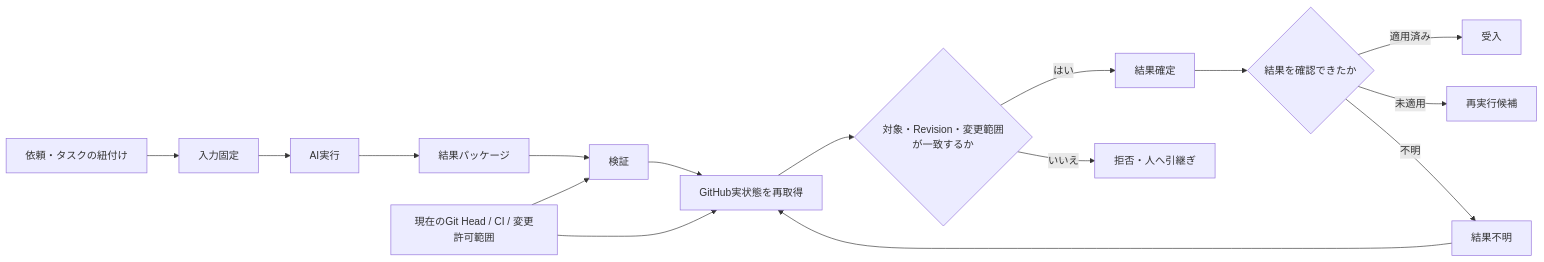
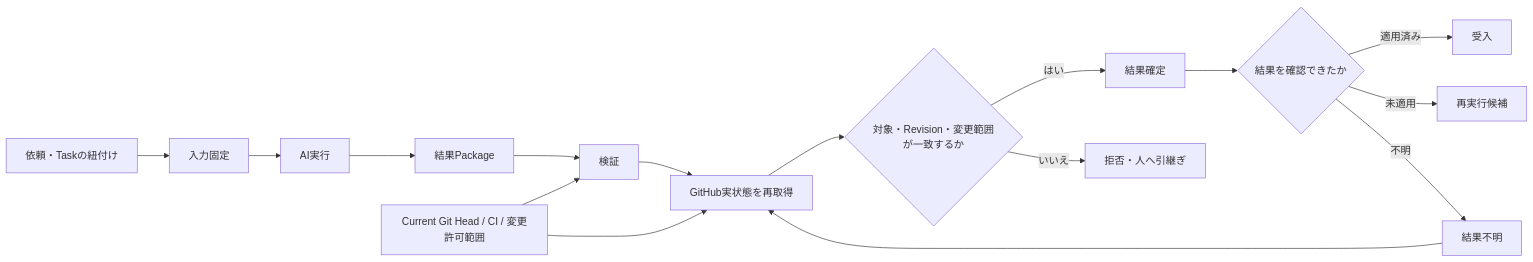
Before and after one commit to hiromi1992/ai-engineering-portfolio: the diagram in projects/03_review_handoff_platform.md, drawn with Mermaid. The commit also changed other lines of this file, not shown here.

````diff
--- a/projects/03_review_handoff_platform.md
+++ b/projects/03_review_handoff_platform.md
@@ -13,19 +19,19 @@
 ```mermaid
 flowchart LR
-    A[依頼・タスクの紐付け] --> B[入力固定]
+    A[依頼・Taskの紐付け] --> B[入力固定]
     B --> C[AI実行]
-    C --> D[結果パッケージ]
+    C --> D[結果Package]
     D --> E[検証]
     E --> F[GitHub実状態を再取得]
     F --> G{対象・Revision・変更範囲が一致するか}
     G -->|はい| H[結果確定]
     G -->|いいえ| I[拒否・人へ引継ぎ]
     H --> J{結果を確認できたか}
     J -->|適用済み| K[受入]
     J -->|未適用| L[再実行候補]
     J -->|不明| M[結果不明]
     M --> F
 
-    N[現在のGit Head / CI / 変更許可範囲] --> E
+    N[Current Git Head / CI / 変更許可範囲] --> E
     N --> F
 ```
````
